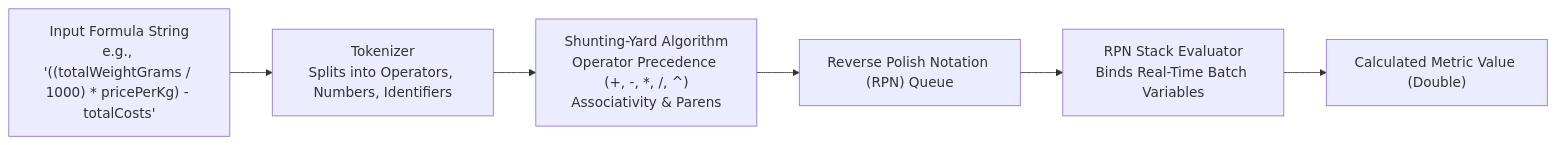
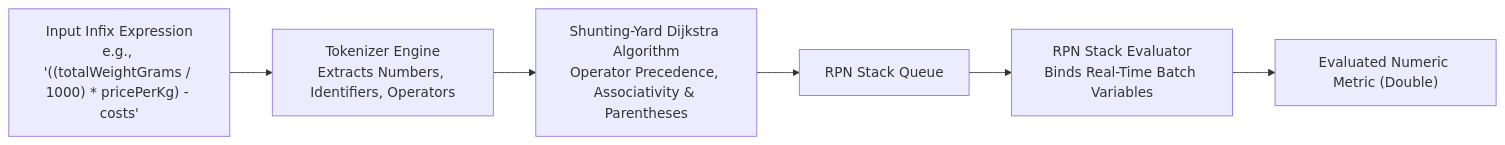
The fifth of 5 diagrams in OVERVIEW.md (Dr-Rank1/Kalro-App), drawn with Mermaid before and after one commit. The commit also changed other lines of this file and 3 other files, not shown here.

````diff
--- a/OVERVIEW.md
+++ b/OVERVIEW.md
@@ -235,8 +347,8 @@
 ```mermaid
 graph LR
-    Input["Input Formula String\ne.g., '((totalWeightGrams / 1000) * pricePerKg) - totalCosts'"] --> Tokenizer["Tokenizer\nSplits into Operators, Numbers, Identifiers"]
-    Tokenizer --> ShuntingYard["Shunting-Yard Algorithm\nOperator Precedence (+, -, *, /, ^)\nAssociativity & Parens"]
-    ShuntingYard --> RPNQueue["Reverse Polish Notation (RPN) Queue"]
+    Input["Input Infix Expression\ne.g., '((totalWeightGrams / 1000) * pricePerKg) - costs'"] --> Tokenizer["Tokenizer Engine\nExtracts Numbers, Identifiers, Operators"]
+    Tokenizer --> ShuntingYard["Shunting-Yard Dijkstra Algorithm\nOperator Precedence, Associativity & Parentheses"]
+    ShuntingYard --> RPNQueue["RPN Stack Queue"]
     RPNQueue --> Evaluator["RPN Stack Evaluator\nBinds Real-Time Batch Variables"]
-    Evaluator --> Result["Calculated Metric Value (Double)"]
+    Evaluator --> DoubleResult["Evaluated Numeric Metric (Double)"]
 ```
````
